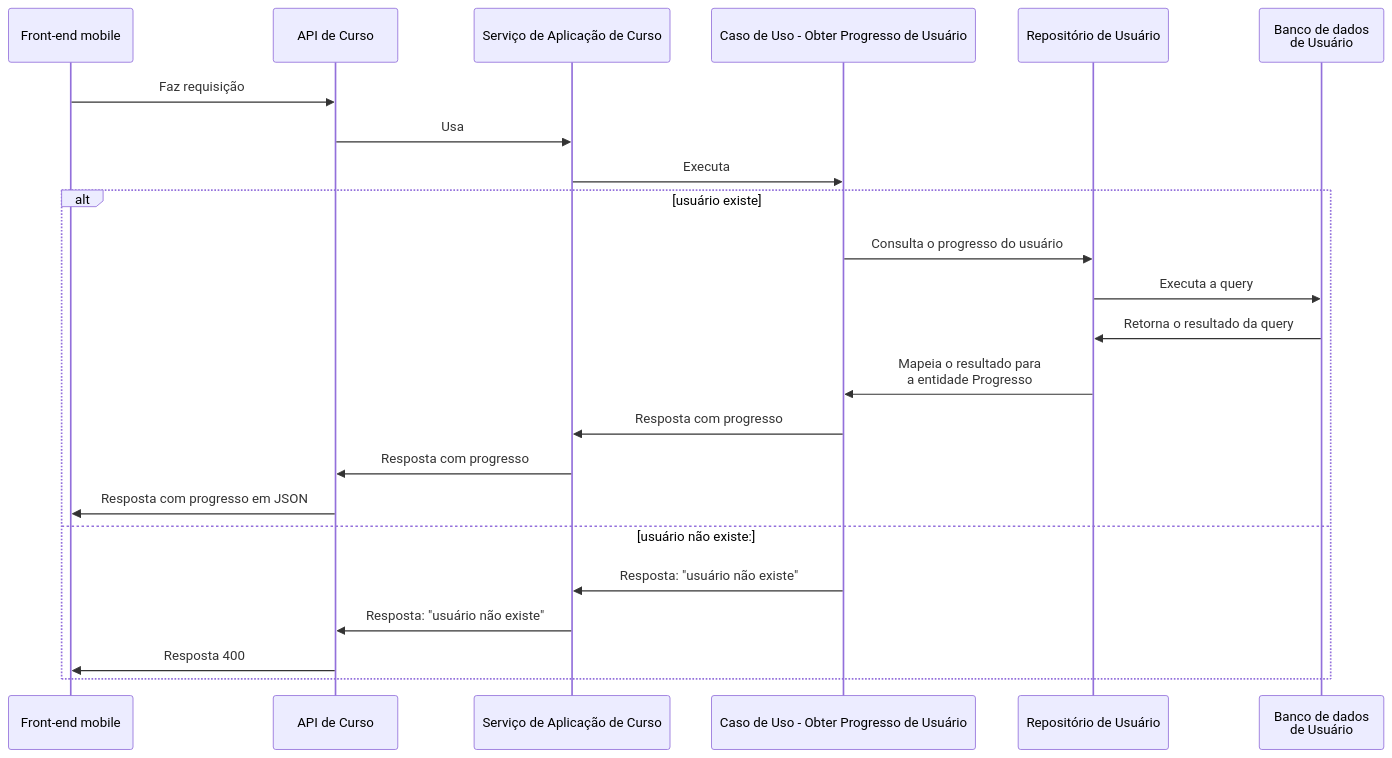
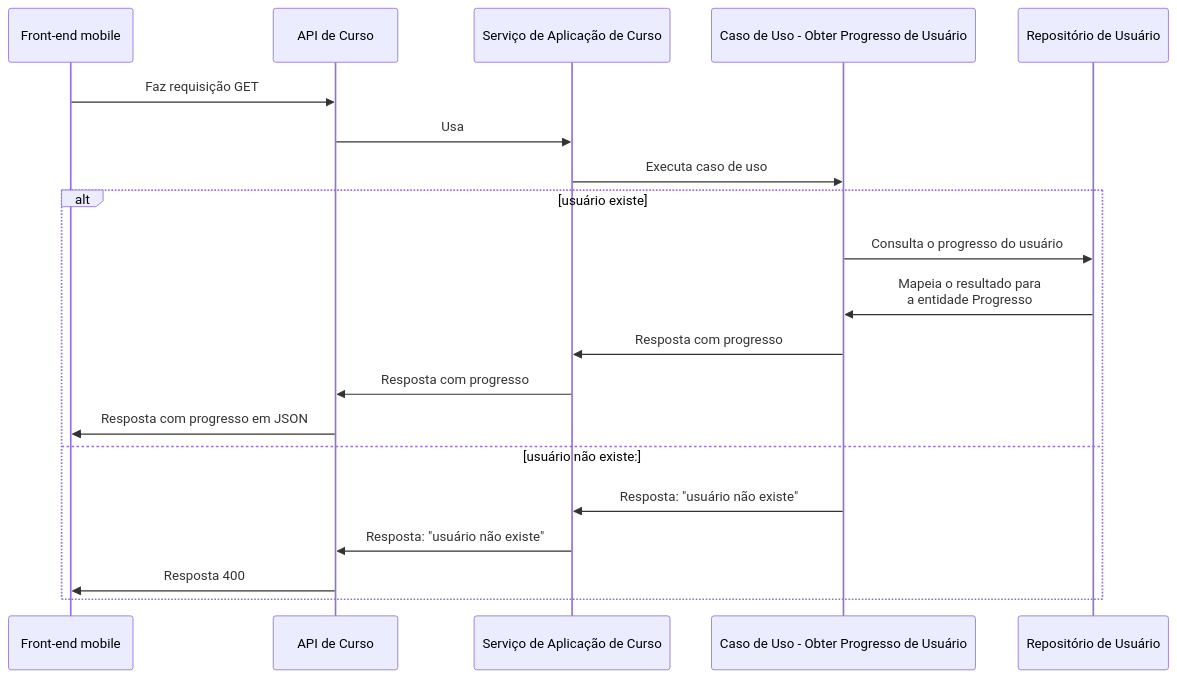
The first of 8 diagrams in C3 Components/Back-end/Módulo de curso/README.md (Open-3A/3A-c4-model), drawn with Mermaid before and after one commit. The commit also changed other lines of this file, not shown here.

Commit message:
refactor(C3): change execution flow of course module

````diff
--- a/C3 Components/Back-end/Módulo de curso/README.md
+++ b/C3 Components/Back-end/Módulo de curso/README.md
@@ -9,26 +9,23 @@
 ```mermaid
 sequenceDiagram
     participant mobile as Front-end mobile
     participant course_api as API de Curso
     participant course_service as Serviço de Aplicação de Curso
     participant get_user_progress_use_case as Caso de Uso - Obter Progresso de Usuário
     participant user_repository as Repositório de Usuário
-    participant db as Banco de dados <br/> de Usuário
 
-    mobile->>course_api: Faz requisição
+    mobile->>course_api: Faz requisição GET
     course_api->>course_service: Usa
-    course_service->>get_user_progress_use_case: Executa
+    course_service->>get_user_progress_use_case: Executa caso de uso
     alt usuário existe
       get_user_progress_use_case->>user_repository: Consulta o progresso do usuário
-      user_repository->>db: Executa a query
-      db->>user_repository: Retorna o resultado da query
       user_repository->>get_user_progress_use_case: Mapeia o resultado para <br/> a entidade Progresso
       get_user_progress_use_case->>course_service: Resposta com progresso
       course_service->>course_api: Resposta com progresso
       course_api->>mobile: Resposta com progresso em JSON
     else usuário não existe:
       get_user_progress_use_case->>course_service: Resposta: "usuário não existe"
       course_service->>course_api: Resposta: "usuário não existe"
       course_api->>mobile: Resposta 400
     end
 ```
````
